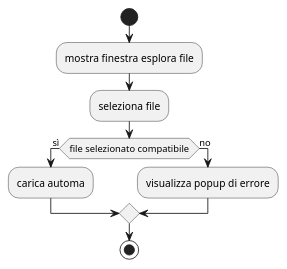
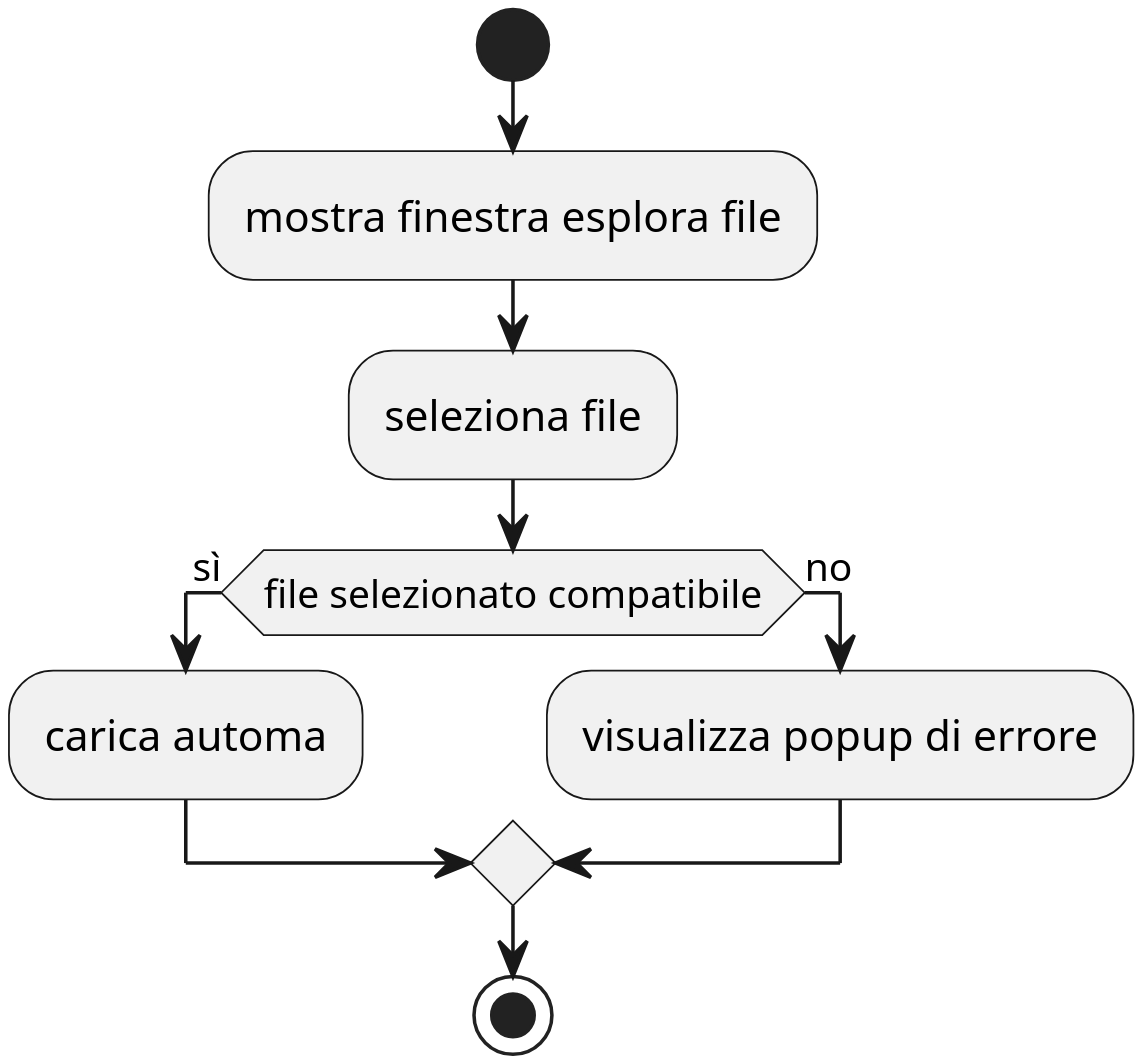
One commit to ZenoBogoni/Word-Automata changed the diagram in plantUML/loadAutomataActivity.puml. Above: the diagram before and after it, drawn with PlantUML. The commit also changed 11 other files, not shown here.

```diff
--- a/plantUML/loadAutomataActivity.puml
+++ b/plantUML/loadAutomataActivity.puml
@@ -1,11 +1,12 @@
 @startuml
+skinparam dpi 400
 start
 :mostra finestra esplora file;
 :seleziona file;
 if(file selezionato compatibile) then(sì)
 :carica automa;
 else(no)
 :visualizza popup di errore;
 endif
 stop
 @enduml
```
